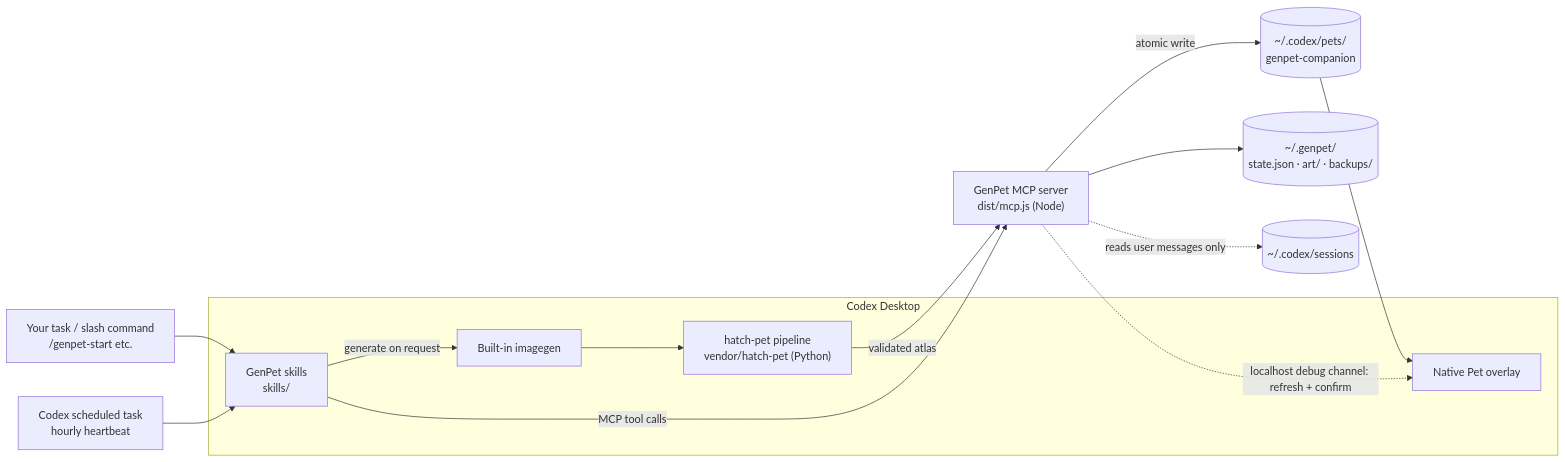
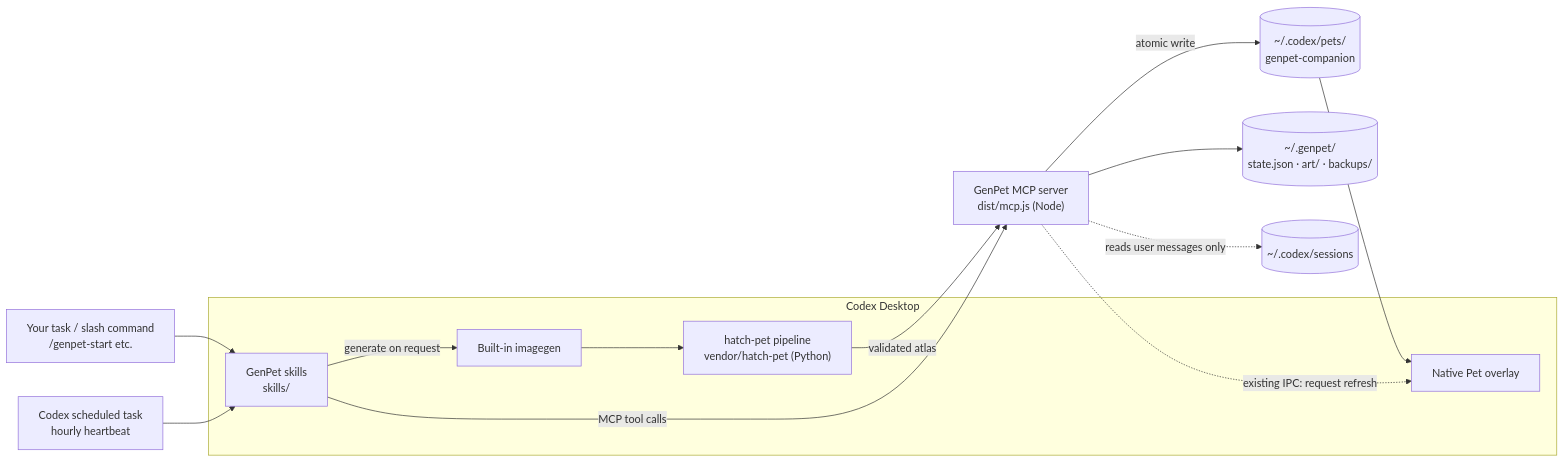
Before and after one commit to yate-ge/GenPet: the diagram in README.md, drawn with Mermaid. The commit also changed other lines of this file and 25 other files, not shown here.

Commit message:
Enable automatic native pet refresh through desktop IPC

````diff
--- a/README.md
+++ b/README.md
@@ -72,19 +72,19 @@
 ```mermaid
 flowchart LR
   U["Your task / slash command<br>/genpet-start etc."] --> S
   H["Codex scheduled task<br>hourly heartbeat"] --> S
   subgraph CX["Codex Desktop"]
     S["GenPet skills<br>skills/"]
     IG["Built-in imagegen"]
     HP["hatch-pet pipeline<br>vendor/hatch-pet (Python)"]
     PW["Native Pet overlay"]
   end
   S -- "generate on request" --> IG --> HP
   HP -- "validated atlas" --> M
   S -- "MCP tool calls" --> M["GenPet MCP server<br>dist/mcp.js (Node)"]
   M --> ST[("~/.genpet/<br>state.json · art/ · backups/")]
   M -. "reads user messages only" .-> SE[("~/.codex/sessions")]
   M -- "atomic write" --> PET[("~/.codex/pets/<br>genpet-companion")]
   PET --> PW
-  M -. "localhost debug channel: refresh + confirm" .-> PW
+  M -. "existing IPC: request refresh" .-> PW
 ```
````
